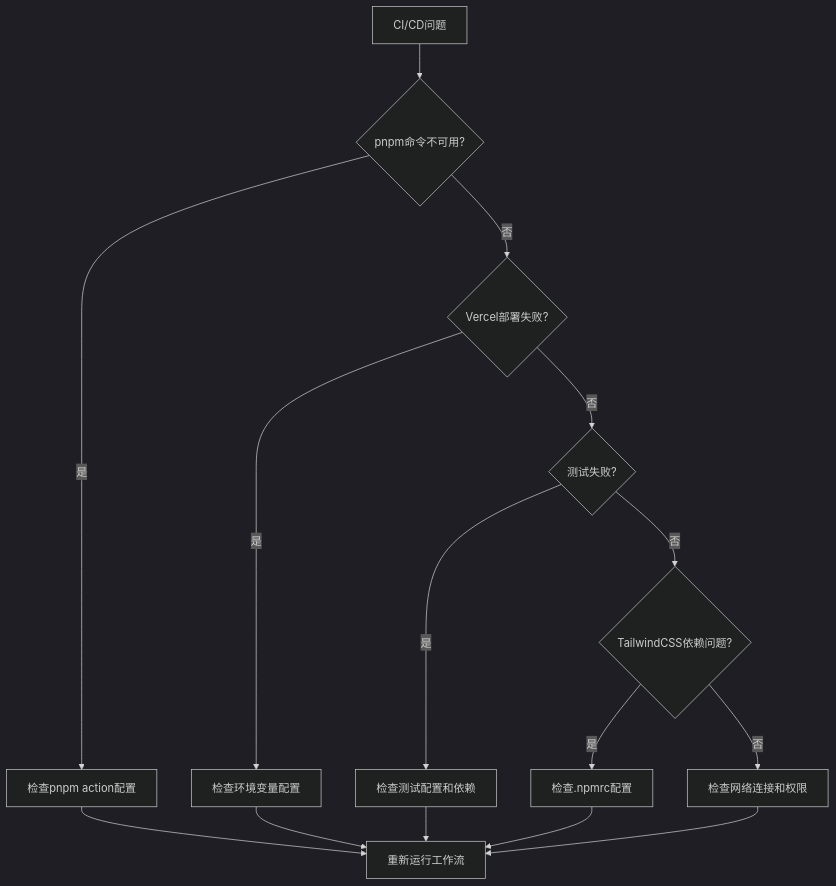
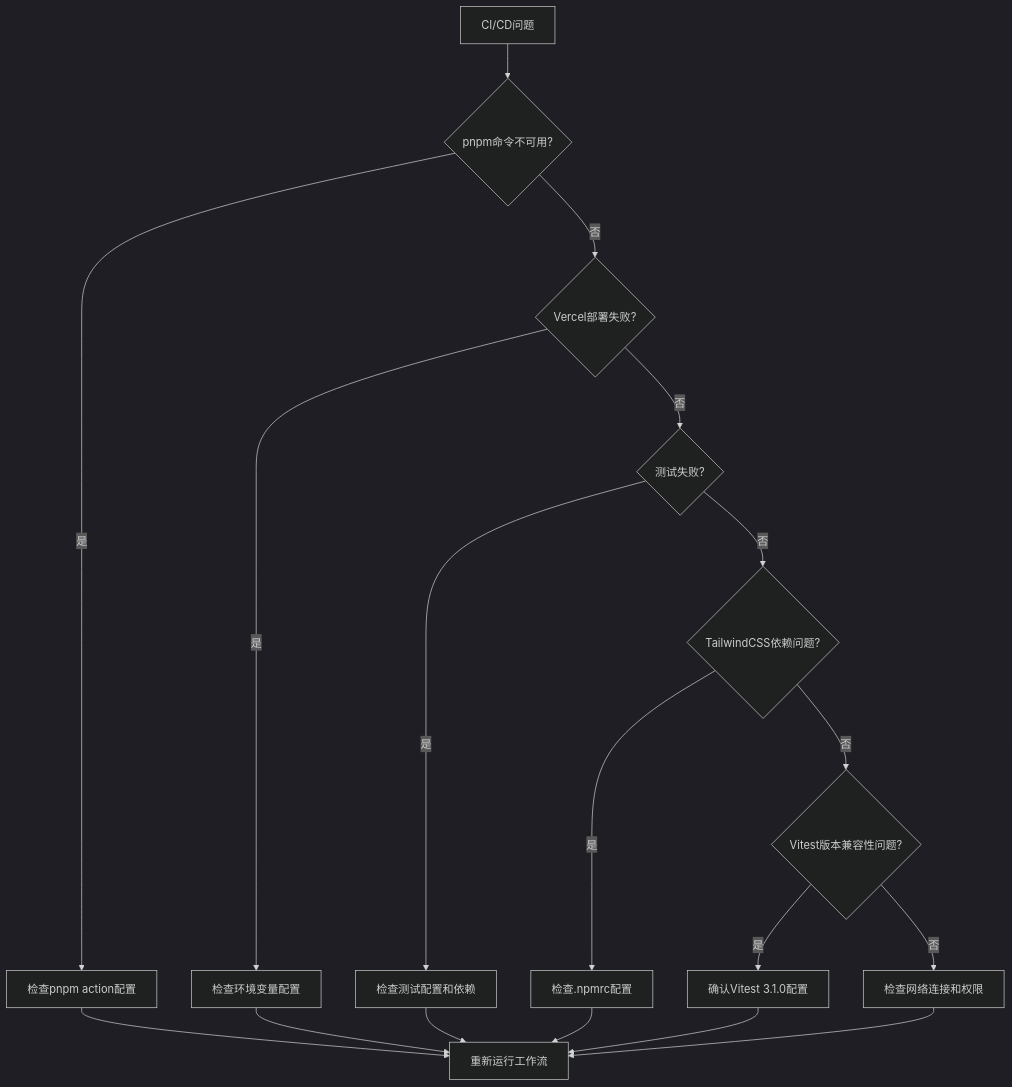
Before and after one commit to CryptoLinxu/Web3-AI-Agent: diagram 15 of 16 in .qoder/repowiki/zh/content/项目概述/部署指南/CI_CD自动化部署.md, drawn with Mermaid (dark theme). The commit also changed other lines of this file and 8 other files, not shown here.

````diff
--- a/.qoder/repowiki/zh/content/项目概述/部署指南/CI_CD自动化部署.md
+++ b/.qoder/repowiki/zh/content/项目概述/部署指南/CI_CD自动化部署.md
@@ -491,17 +529,20 @@
 ```mermaid
 flowchart TD
 Problem[CI/CD问题] --> Check1{pnpm命令不可用?}
 Check1 --> |是| Fix1[检查pnpm action配置]
 Check1 --> |否| Check2{Vercel部署失败?}
 Check2 --> |是| Fix2[检查环境变量配置]
 Check2 --> |否| Check3{测试失败?}
 Check3 --> |是| Fix3[检查测试配置和依赖]
 Check3 --> |否| Check4{TailwindCSS依赖问题?}
 Check4 --> |是| Fix4[检查.npmrc配置]
-Check4 --> |否| Fix5[检查网络连接和权限]
+Check4 --> |否| Check5{Vitest版本兼容性问题?}
+Check5 --> |是| Fix5[确认Vitest 3.1.0配置]
+Check5 --> |否| Fix6[检查网络连接和权限]
 Fix1 --> Verify[重新运行工作流]
 Fix2 --> Verify
 Fix3 --> Verify
 Fix4 --> Verify
 Fix5 --> Verify
+Fix6 --> Verify
 ```
````
